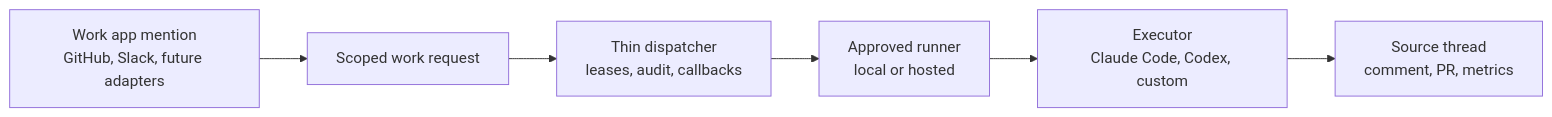
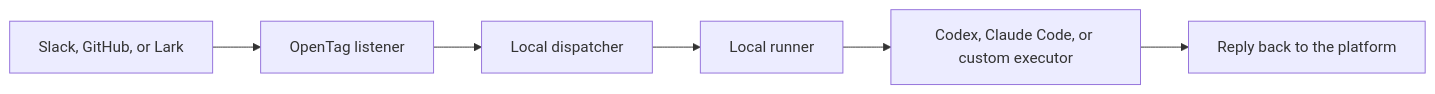
The diagram in README.md (bankThanabat/opentag), drawn with Mermaid before and after one commit. The commit also changed other lines of this file and 27 other files, not shown here.

Commit message:
Polish OpenTag onboarding and brand assets

````diff
--- a/README.md
+++ b/README.md
@@ -66,8 +159,8 @@
 ```mermaid
 flowchart LR
-    A["Work app mention<br/>GitHub, Slack, future adapters"] --> B["Scoped work request"]
-    B --> C["Thin dispatcher<br/>leases, audit, callbacks"]
-    C --> D["Approved runner<br/>local or hosted"]
-    D --> E["Executor<br/>Claude Code, Codex, custom"]
-    E --> F["Source thread<br/>comment, PR, metrics"]
+    A["Slack, GitHub, or Lark"] --> B["OpenTag listener"]
+    B --> C["Local dispatcher"]
+    C --> D["Local runner"]
+    D --> E["Codex, Claude Code, or custom executor"]
+    E --> F["Reply back to the platform"]
 ```
````
